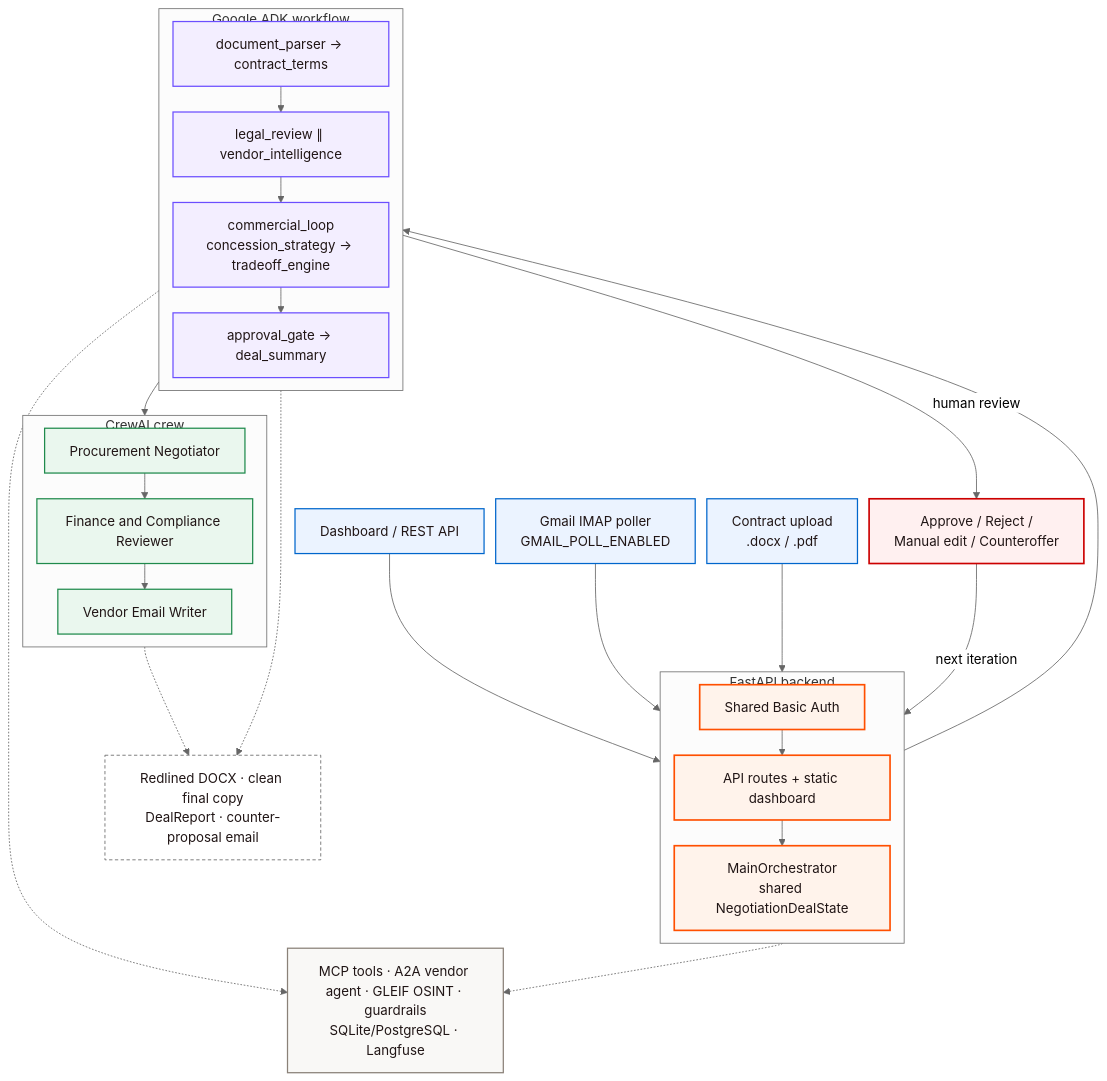
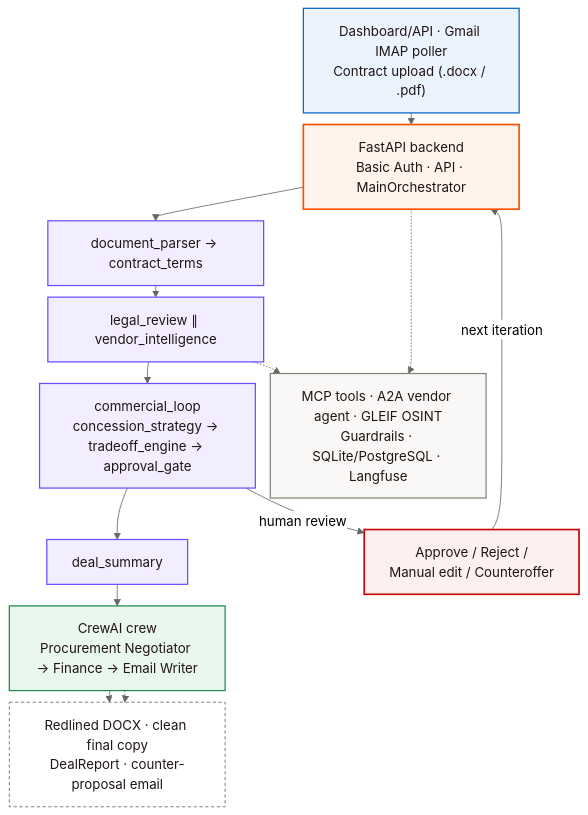
Before and after one commit to sjreal/RedLiner: the diagram in docs/diagrams/architecture.mmd, drawn with Mermaid (neutral theme). The commit also changed 12 other files, not shown here.

Commit message:
docs: compact diagram layouts and reduce spacing

```diff
--- a/docs/diagrams/architecture.mmd
+++ b/docs/diagrams/architecture.mmd
@@ -1,55 +1,27 @@
-%%{init: {"flowchart": {"nodeSpacing": 14, "rankSpacing": 6, "diagramPadding": 2, "curve": "basis"}}}%%
+%%{init: {"layout": "dagre", "flowchart": {"nodeSpacing": 18, "rankSpacing": 14, "diagramPadding": 4, "subGraphTitleMargin": {"top": 10, "bottom": 2}, "curve": "basis"}}}%%
 flowchart TD
     classDef entry fill:#EBF3FF,stroke:#0066CC,stroke-width:1.5px,color:#201515;
     classDef app fill:#FFF3EB,stroke:#FF4F00,stroke-width:2px,color:#201515;
     classDef adk fill:#F3EEFF,stroke:#6B4EFF,stroke-width:1.5px,color:#201515;
     classDef crew fill:#EAF7EE,stroke:#1F8A4C,stroke-width:1.5px,color:#201515;
     classDef tool fill:#F9F8F6,stroke:#8A8178,stroke-width:1.5px,color:#201515;
     classDef out fill:#FFFFFF,stroke:#666666,stroke-dasharray: 4 3,color:#201515;
     classDef hitl fill:#FFF0F0,stroke:#CC0000,stroke-width:2px,color:#201515;
 
-    UI["Dashboard / REST API"]:::entry
-    Gmail["Gmail IMAP poller<br/>GMAIL_POLL_ENABLED"]:::entry
-    Upload["Contract upload<br/>.docx / .pdf"]:::entry
-
-    subgraph App["FastAPI backend"]
-        direction TB
-        Auth["Shared Basic Auth"]:::app
-        API["API routes + static dashboard"]:::app
-        Orchestrator["MainOrchestrator<br/>shared NegotiationDealState"]:::app
-    end
-
-    subgraph ADK["Google ADK workflow"]
-        direction TB
-        Parse["document_parser → contract_terms"]:::adk
-        Review["legal_review ∥ vendor_intelligence"]:::adk
-        Commercial["commercial_loop<br/>concession_strategy → tradeoff_engine"]:::adk
-        Gate["approval_gate → deal_summary"]:::adk
-    end
-
-    subgraph Crew["CrewAI crew"]
-        direction TB
-        Procurement["Procurement Negotiator"]:::crew
-        Finance["Finance and Compliance Reviewer"]:::crew
-        Email["Vendor Email Writer"]:::crew
-    end
-
-    Services["MCP tools · A2A vendor agent · GLEIF OSINT · guardrails<br/>SQLite/PostgreSQL · Langfuse"]:::tool
+    Entry["Dashboard/API · Gmail IMAP poller<br/>Contract upload (.docx / .pdf)"]:::entry
+    Backend["FastAPI backend<br/>Basic Auth · API · MainOrchestrator"]:::app
+    ADK1["document_parser → contract_terms"]:::adk
+    ADK2["legal_review ∥ vendor_intelligence"]:::adk
+    ADK3["commercial_loop<br/>concession_strategy → tradeoff_engine → approval_gate"]:::adk
+    Summary["deal_summary"]:::adk
+    Crew["CrewAI crew<br/>Procurement Negotiator → Finance → Email Writer"]:::crew
+    Services["MCP tools · A2A vendor agent · GLEIF OSINT<br/>Guardrails · SQLite/PostgreSQL · Langfuse"]:::tool
     Artifacts["Redlined DOCX · clean final copy<br/>DealReport · counter-proposal email"]:::out
     HITL["Approve / Reject /<br/>Manual edit / Counteroffer"]:::hitl
 
-    UI --> Auth
-    Gmail --> API
-    Upload --> API
-    Auth --> API --> Orchestrator
-
-    Orchestrator --> Parse
-    Parse --> Review --> Commercial --> Gate
-    Gate --> Procurement --> Finance --> Email
-
-    Orchestrator -.-> Services
-    Review -.-> Services
-    Email -.-> Artifacts
-    Review -.-> Artifacts
-    Gate -->|human review| HITL
-    HITL -->|next iteration| Orchestrator
+    Entry --> Backend --> ADK1 --> ADK2 --> ADK3 --> Summary --> Crew --> Artifacts
+    Backend -.-> Services
+    ADK2 -.-> Services
+    Crew -.-> Artifacts
+    ADK3 -->|human review| HITL
+    HITL -->|next iteration| Backend
```
